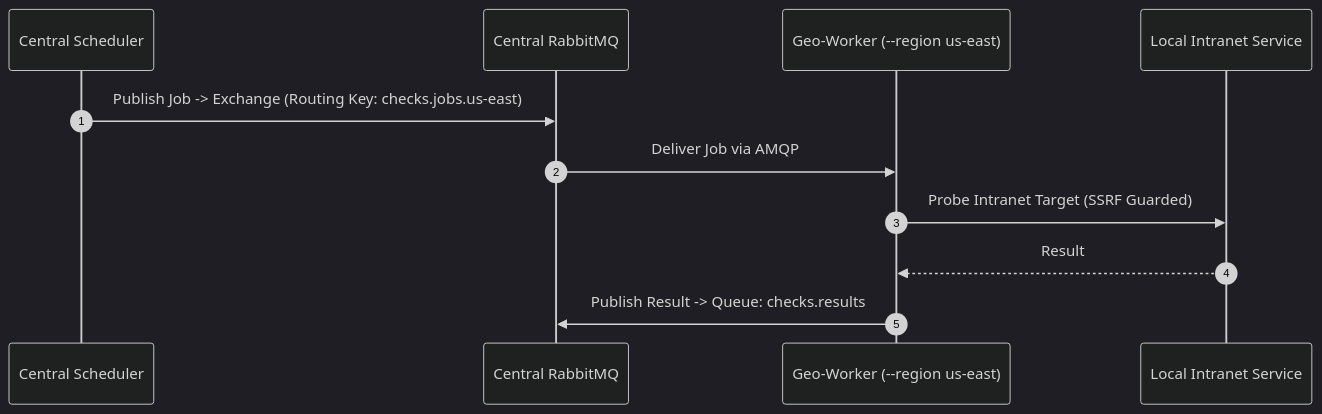
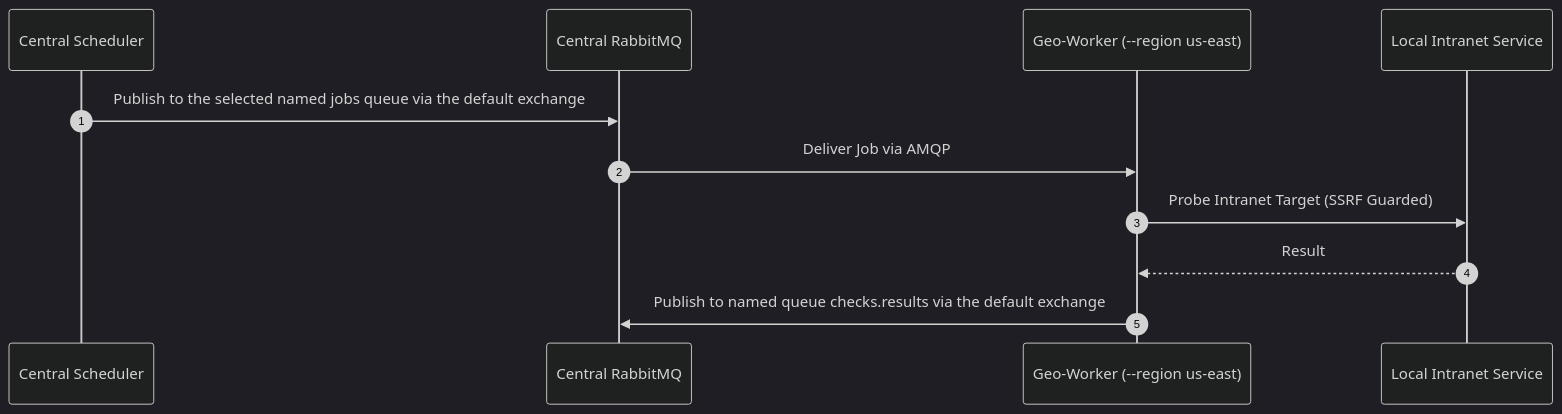
One commit to teamlead-com/cerbix changed the fourth of 9 diagrams in docs/architecture.md. Above: the diagram before and after it, drawn with Mermaid (dark theme). The commit also changed other lines of this file and 9 other files, not shown here.

Commit message:
docs: reconcile architecture and operator documentation

````diff
--- a/docs/architecture.md
+++ b/docs/architecture.md
@@ -132,14 +132,14 @@
 ```mermaid
 sequenceDiagram
     autonumber
     participant S as Central Scheduler
     participant MQ as Central RabbitMQ
     participant GW as Geo-Worker (--region us-east)
     participant Target as Local Intranet Service
 
-    S->>MQ: Publish Job -> Exchange (Routing Key: checks.jobs.us-east)
+    S->>MQ: Publish to the selected named jobs queue via the default exchange
     MQ->>GW: Deliver Job via AMQP
     GW->>Target: Probe Intranet Target (SSRF Guarded)
     Target-->>GW: Result
-    GW->>MQ: Publish Result -> Queue: checks.results
+    GW->>MQ: Publish to named queue checks.results via the default exchange
 ```
````
